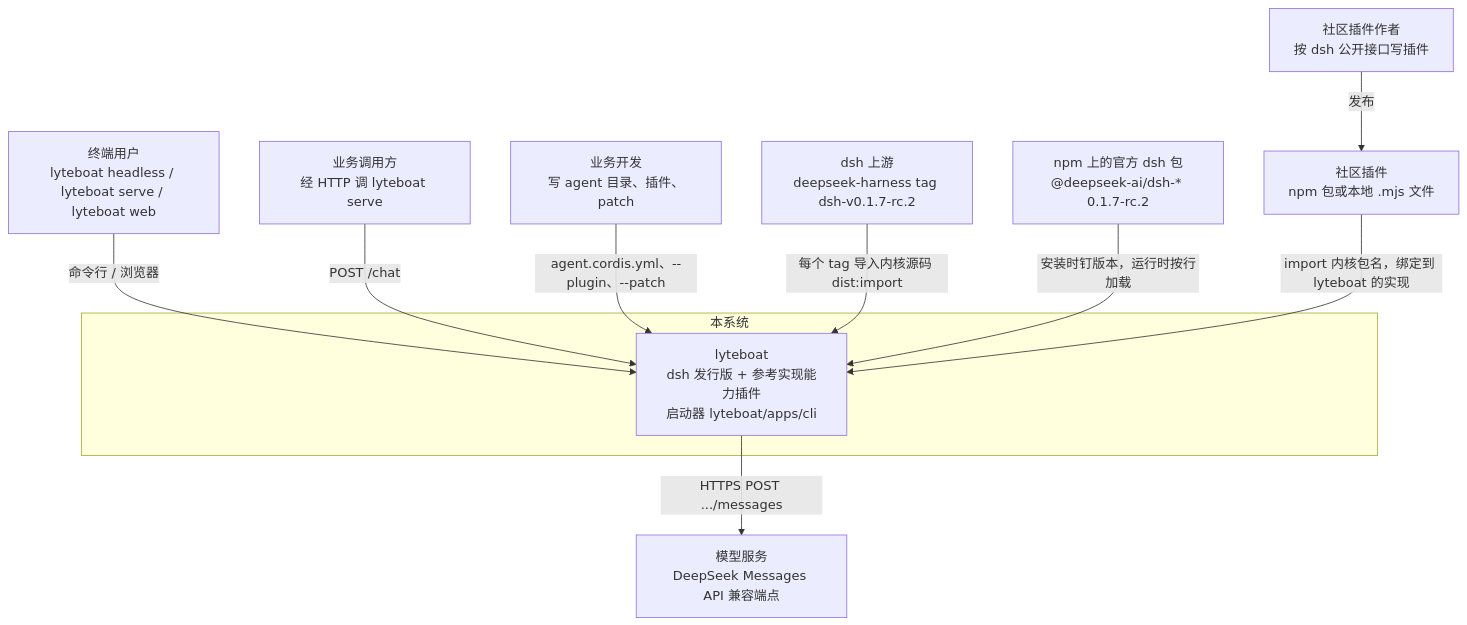
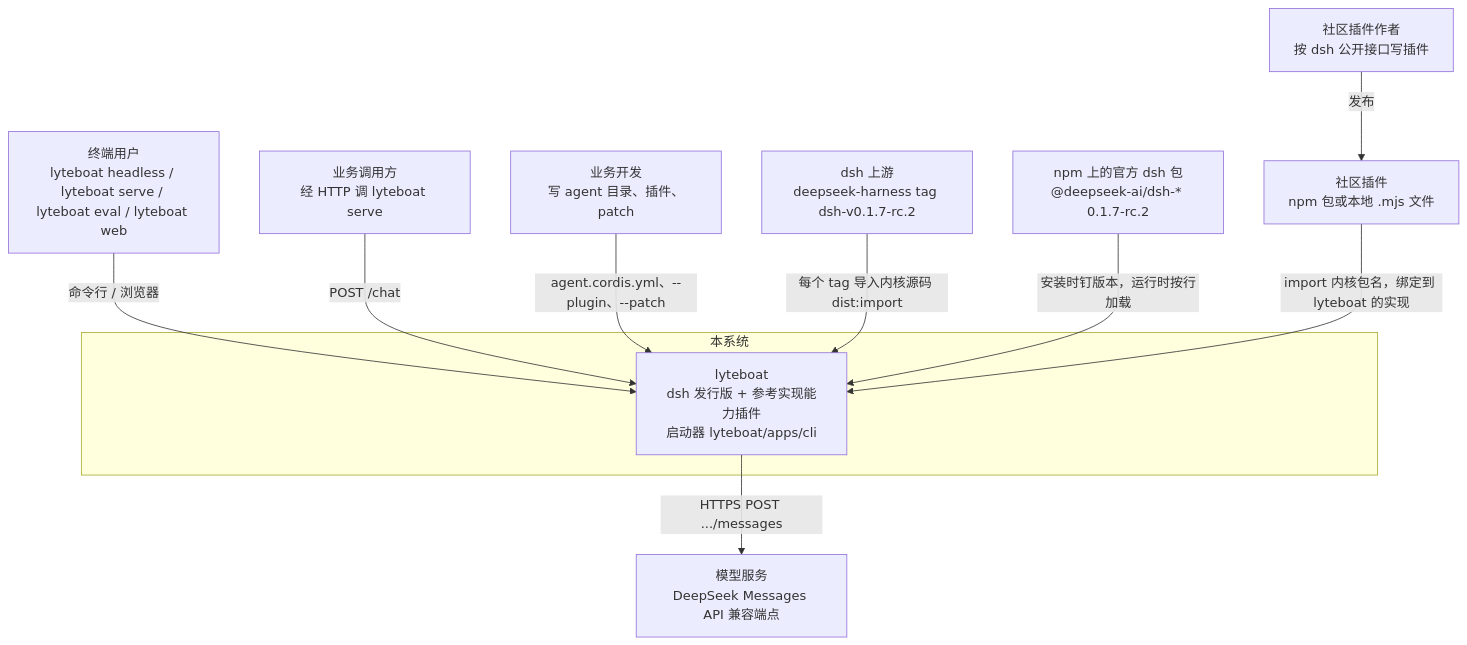
Before and after one commit to lyteboat/boat: the first of 11 diagrams in docs/01-architecture.md, drawn with Mermaid. The commit also changed other lines of this file and 3 other files, not shown here.

First line of the commit message:
docs: 01–04 — lyteboat eval: the eval bundle and runner, case files, replay, baselines

````diff
--- a/docs/01-architecture.md
+++ b/docs/01-architecture.md
@@ -68,22 +68,22 @@
 ```mermaid
 flowchart TB
-  user["终端用户<br/>lyteboat headless / lyteboat serve / lyteboat web"]
+  user["终端用户<br/>lyteboat headless / lyteboat serve / lyteboat eval / lyteboat web"]
   caller["业务调用方<br/>经 HTTP 调 lyteboat serve"]
   dev["业务开发<br/>写 agent 目录、插件、patch"]
   author["社区插件作者<br/>按 dsh 公开接口写插件"]
   subgraph SYS["本系统"]
     lyteboat["lyteboat<br/>dsh 发行版 + 参考实现能力插件<br/>启动器 lyteboat/apps/cli"]
   end
   upstream["dsh 上游<br/>deepseek-harness tag dsh-v0.1.7-rc.2"]
   npm["npm 上的官方 dsh 包<br/>@deepseek-ai/dsh-* 0.1.7-rc.2"]
   cplug["社区插件<br/>npm 包或本地 .mjs 文件"]
   model["模型服务<br/>DeepSeek Messages API 兼容端点"]
   user -->|"命令行 / 浏览器"| lyteboat
   caller -->|"POST /chat"| lyteboat
   dev -->|"agent.cordis.yml、--plugin、--patch"| lyteboat
   upstream -->|"每个 tag 导入内核源码 dist:import"| lyteboat
   npm -->|"安装时钉版本，运行时按行加载"| lyteboat
   author -->|"发布"| cplug
   cplug -->|"import 内核包名，绑定到 lyteboat 的实现"| lyteboat
   lyteboat -->|"HTTPS POST .../messages"| model
 ```
````
